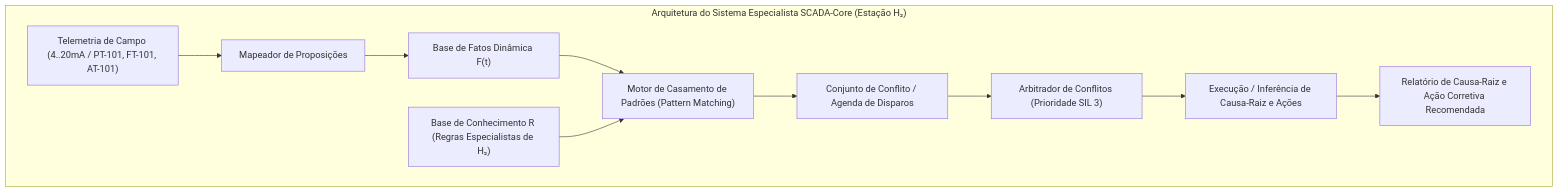
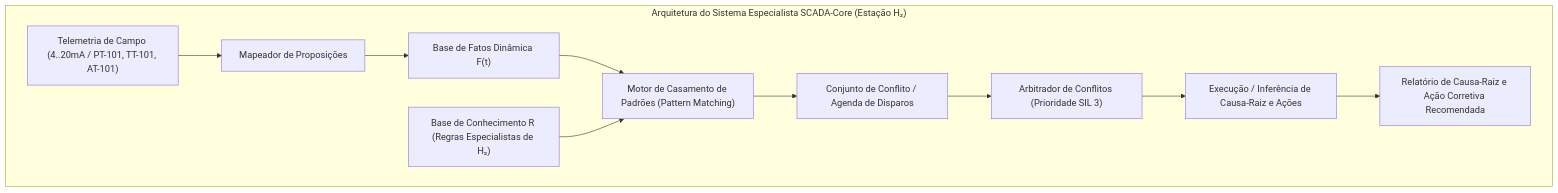
One commit to leovarconrenno/Estacao-de-Reabastecimento-de-Hidrogenio---SCADA-Core changed the diagram in etapa-01-logica/08 - Base de Conhecimento e Regras de Diagnostico.md. Above: the diagram before and after it, drawn with Mermaid. The commit also changed other lines of this file and 4 other files, not shown here.

````diff
--- a/etapa-01-logica/08 - Base de Conhecimento e Regras de Diagnostico.md
+++ b/etapa-01-logica/08 - Base de Conhecimento e Regras de Diagnostico.md
@@ -20,13 +20,13 @@
 ```mermaid
 graph TD
     subgraph "Arquitetura do Sistema Especialista SCADA-Core (Estação H₂)"
-        TLM["Telemetria de Campo (4..20mA / PT-101, FT-101, AT-101)"] --> MAP["Mapeador de Proposições"]
+        TLM["Telemetria de Campo (4..20mA / PT-101, TT-101, AT-101)"] --> MAP["Mapeador de Proposições"]
         MAP --> FATOS["Base de Fatos Dinâmica F(t)"]
         FATOS --> MATCHER["Motor de Casamento de Padrões (Pattern Matching)"]
         REGRAS["Base de Conhecimento R (Regras Especialistas de H₂)"] --> MATCHER
         MATCHER --> AGENDA["Conjunto de Conflito / Agenda de Disparos"]
-        AGENDA --> ARBITR["Arbitrador de Conflitos (Prioridade SIL 3)"]
-        ARBITR --> EXEC["Execução / Inferência de Causa-Raiz e Ações"]
+        ARBITR["Arbitrador de Conflitos (Prioridade SIL 3)"] --> EXEC["Execução / Inferência de Causa-Raiz e Ações"]
+        AGENDA --> ARBITR
         EXEC --> DIAG["Relatório de Causa-Raiz e Ação Corretiva Recomendada"]
     end
 ```
````
